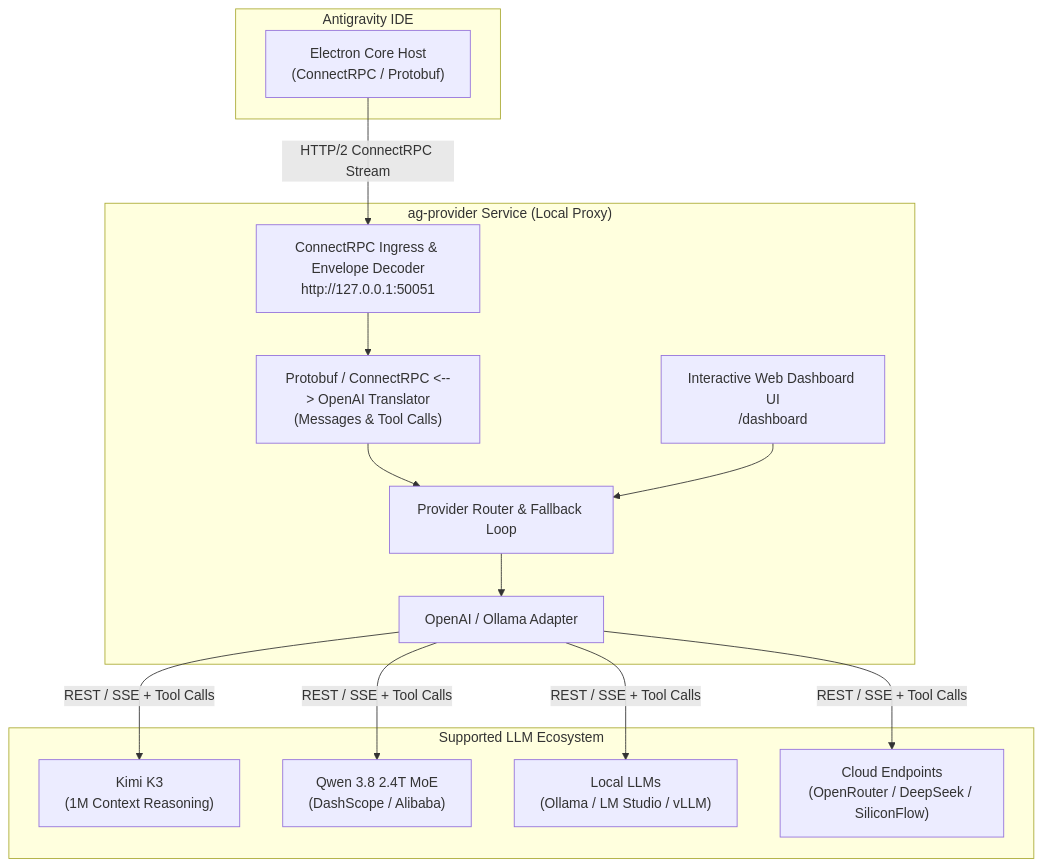
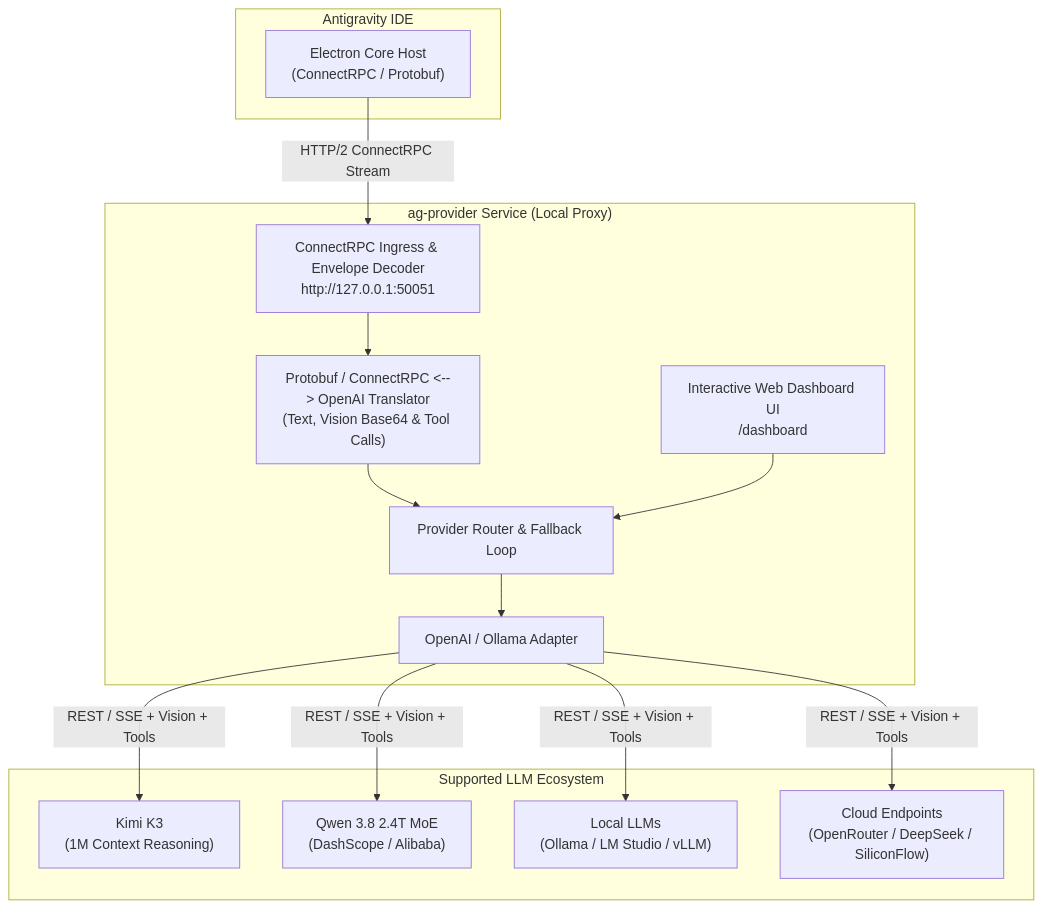
One commit to linces/AntigravityUnLocker changed the diagram in README.md. Above: the diagram before and after it, drawn with Mermaid. The commit also changed other lines of this file and 5 other files, not shown here.

Commit message:
feat: implement Multimodal / Vision base64 image translation layer and sync README.md to v1.4.0

````diff
--- a/README.md
+++ b/README.md
@@ -33,31 +34,31 @@
 ```mermaid
 flowchart TD
     subgraph Client["Antigravity IDE"]
         IDE["Electron Core Host<br/>(ConnectRPC / Protobuf)"]
     end
 
     subgraph Bridge["ag-provider Service (Local Proxy)"]
         RPC["ConnectRPC Ingress & Envelope Decoder<br/>http://127.0.0.1:50051"]
-        TRANSLATOR["Protobuf / ConnectRPC <--> OpenAI Translator<br/>(Messages & Tool Calls)"]
+        TRANSLATOR["Protobuf / ConnectRPC <--> OpenAI Translator<br/>(Text, Vision Base64 & Tool Calls)"]
         ROUTER["Provider Router & Fallback Loop"]
         ADAPTER["OpenAI / Ollama Adapter"]
         DASHBOARD["Interactive Web Dashboard UI<br/>/dashboard"]
         RPC --> TRANSLATOR
         TRANSLATOR --> ROUTER
         ROUTER --> ADAPTER
         DASHBOARD --> ROUTER
     end
 
     subgraph Backends["Supported LLM Ecosystem"]
         KIMI["Kimi K3<br/>(1M Context Reasoning)"]
         QWEN38["Qwen 3.8 2.4T MoE<br/>(DashScope / Alibaba)"]
         OLLAMA["Local LLMs<br/>(Ollama / LM Studio / vLLM)"]
         CLOUD["Cloud Endpoints<br/>(OpenRouter / DeepSeek / SiliconFlow)"]
     end
 
     IDE -->|HTTP/2 ConnectRPC Stream| RPC
-    ADAPTER -->|REST / SSE + Tool Calls| KIMI
-    ADAPTER -->|REST / SSE + Tool Calls| QWEN38
-    ADAPTER -->|REST / SSE + Tool Calls| OLLAMA
-    ADAPTER -->|REST / SSE + Tool Calls| CLOUD
+    ADAPTER -->|REST / SSE + Vision + Tools| KIMI
+    ADAPTER -->|REST / SSE + Vision + Tools| QWEN38
+    ADAPTER -->|REST / SSE + Vision + Tools| OLLAMA
+    ADAPTER -->|REST / SSE + Vision + Tools| CLOUD
 ```
````
